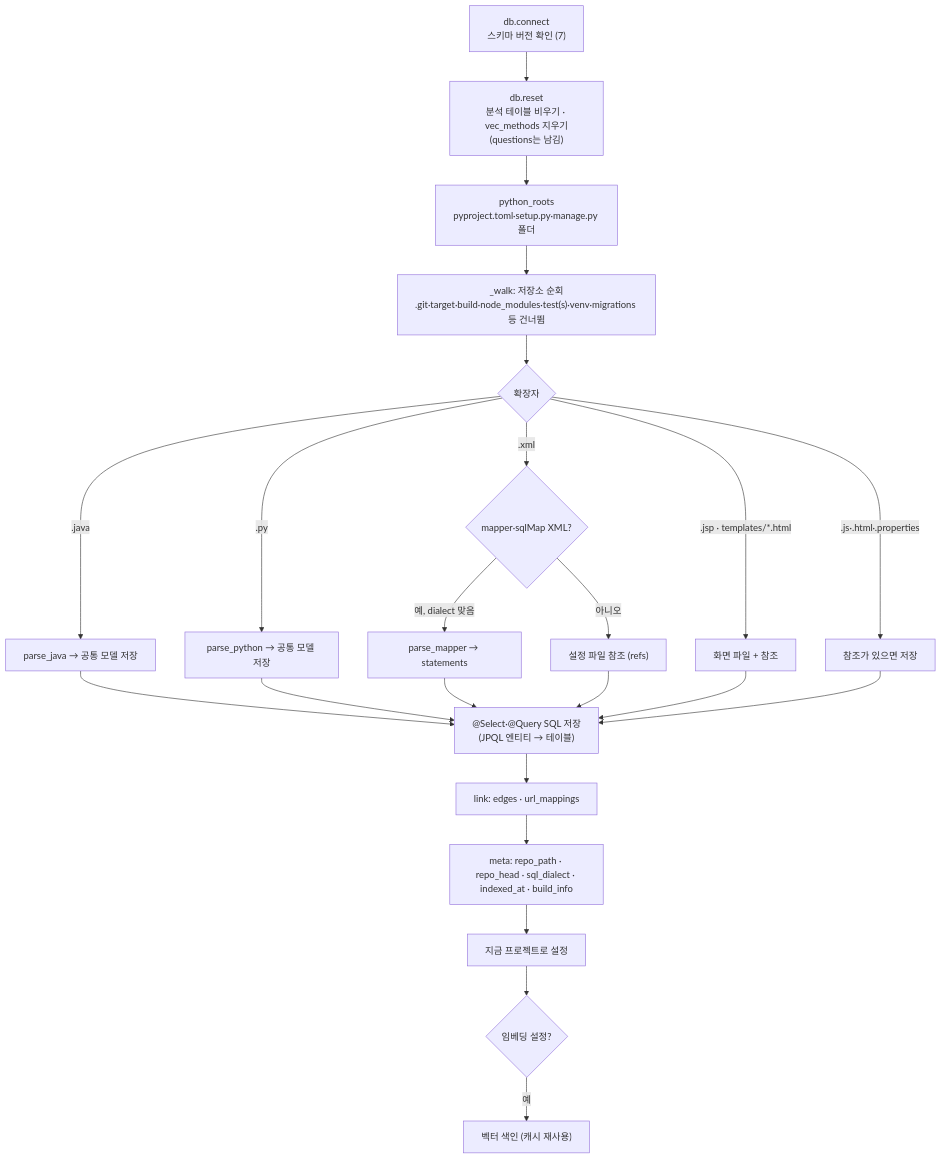
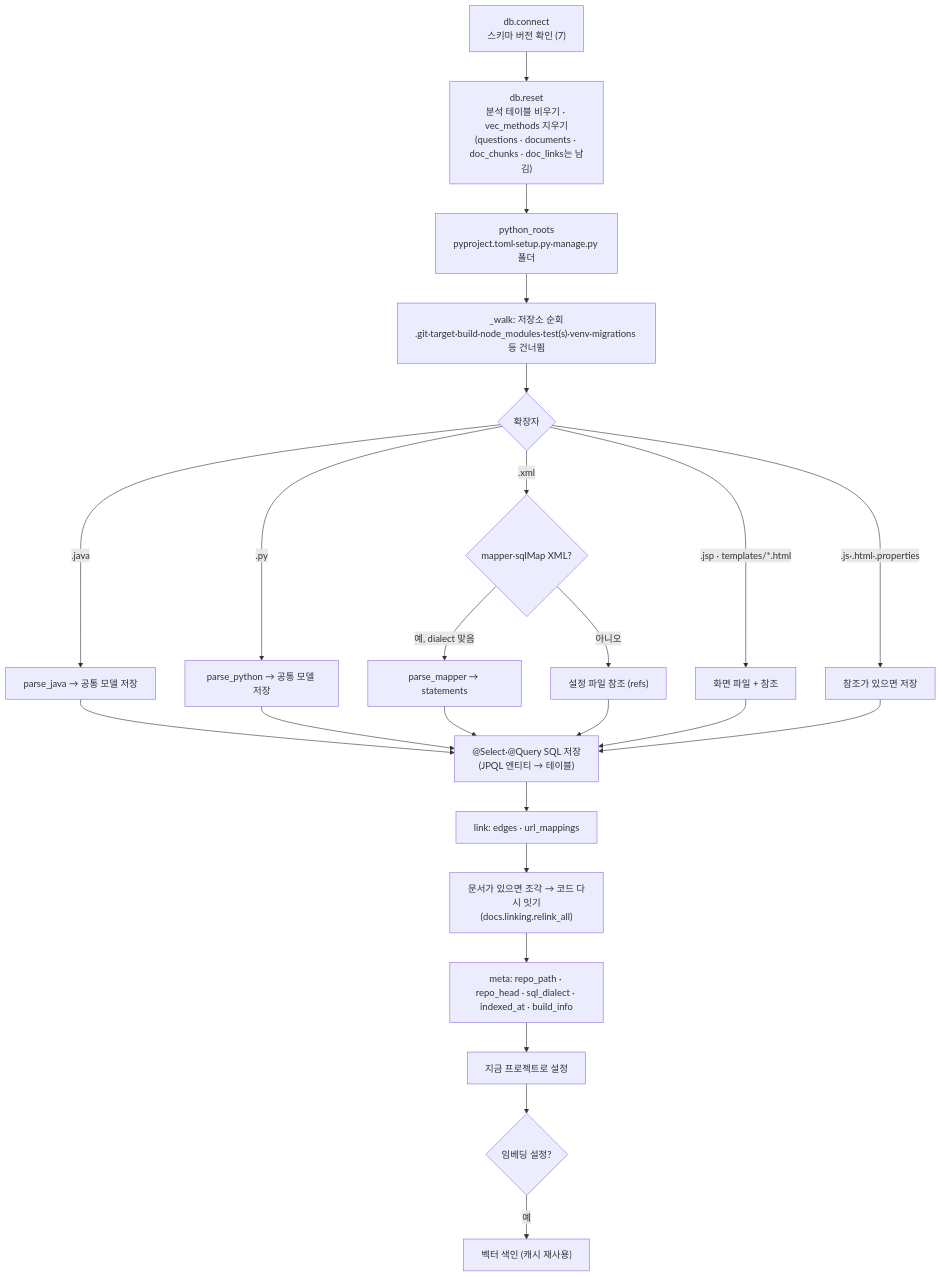
The second of 4 diagrams in docs/sdd.md (seungwook-kim/sasu-handover-agent), drawn with Mermaid before and after one commit. The commit also changed other lines of this file and 67 other files, not shown here.

````diff
--- a/docs/sdd.md
+++ b/docs/sdd.md
@@ -127,20 +143,21 @@
 ```mermaid
 flowchart TD
-    A["db.connect<br/>스키마 버전 확인 (7)"] --> B["db.reset<br/>분석 테이블 비우기 · vec_methods 지우기<br/>(questions는 남김)"]
+    A["db.connect<br/>스키마 버전 확인 (7)"] --> B["db.reset<br/>분석 테이블 비우기 · vec_methods 지우기<br/>(questions · documents · doc_chunks · doc_links는 남김)"]
     B --> C["python_roots<br/>pyproject.toml·setup.py·manage.py 폴더"]
     C --> D["_walk: 저장소 순회<br/>.git·target·build·node_modules·test(s)·venv·migrations 등 건너뜀"]
     D --> E{"확장자"}
     E -->|.java| J["parse_java → 공통 모델 저장"]
     E -->|.py| PY["parse_python → 공통 모델 저장"]
     E -->|.xml| X{"mapper·sqlMap XML?"}
     X -->|예, dialect 맞음| M["parse_mapper → statements"]
     X -->|아니오| CF["설정 파일 참조 (refs)"]
     E -->|.jsp · templates/*.html| V["화면 파일 + 참조"]
     E -->|.js·.html·.properties| R["참조가 있으면 저장"]
     J & PY & M & CF & V & R --> S["@Select·@Query SQL 저장<br/>(JPQL 엔티티 → 테이블)"]
     S --> LK["link: edges · url_mappings"]
-    LK --> MT["meta: repo_path · repo_head · sql_dialect · indexed_at · build_info"]
+    LK --> DL["문서가 있으면 조각 → 코드 다시 잇기<br/>(docs.linking.relink_all)"]
+    DL --> MT["meta: repo_path · repo_head · sql_dialect · indexed_at · build_info"]
     MT --> CUR["지금 프로젝트로 설정"]
     CUR --> VEC{"임베딩 설정?"}
     VEC -->|예| VI["벡터 색인 (캐시 재사용)"]
 ```
````
